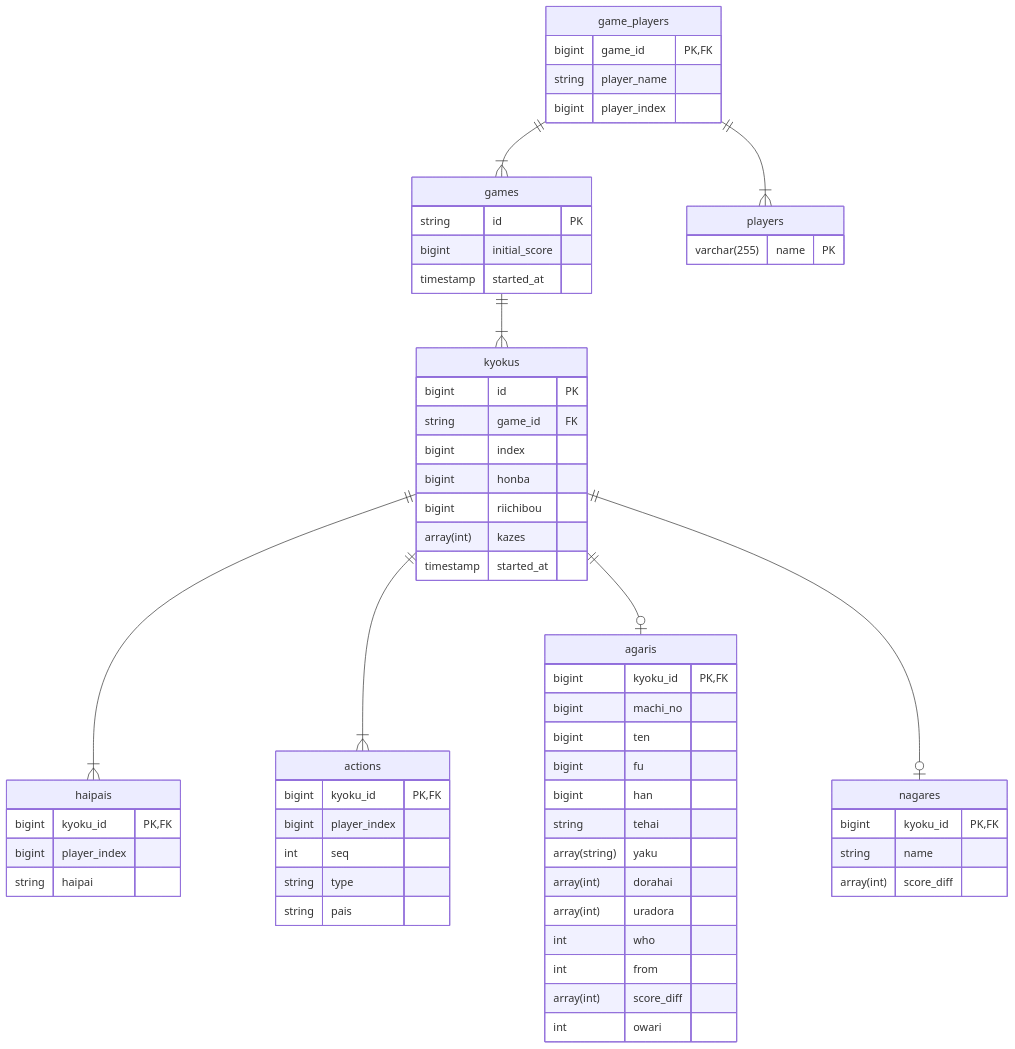
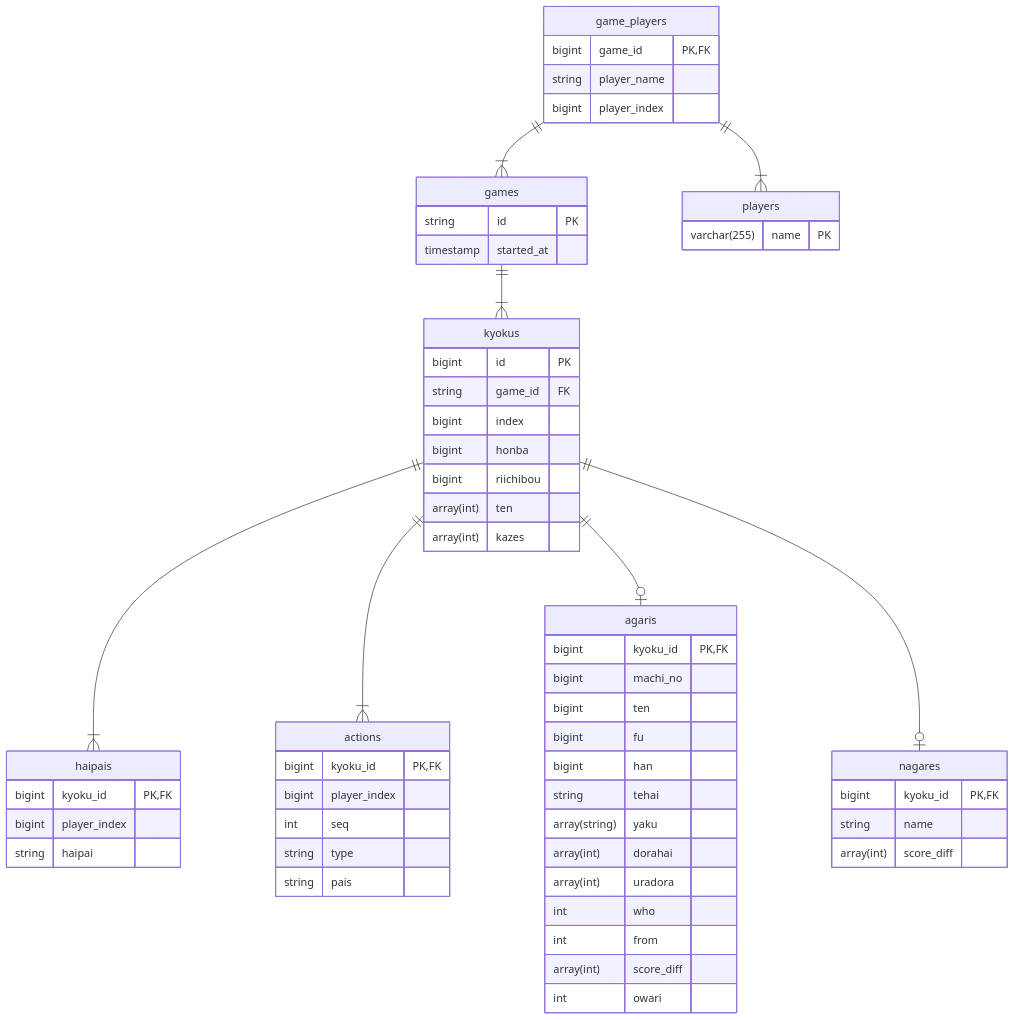
One commit to kackyt/mahjong-etl changed the diagram in er/mahjong.md. Above: the diagram before and after it, drawn with Mermaid. The commit also changed 1 other file, not shown here.

Commit message:
feat: INIT、AGARIを実装 (datetimeをparse)

````diff
--- a/er/mahjong.md
+++ b/er/mahjong.md
@@ -1,70 +1,69 @@
 ```mermaid
 erDiagram
   game_players ||--|{ games : ""
   game_players ||--|{ players : ""
   games ||--|{ kyokus : ""
   kyokus ||--|{ haipais : ""
   kyokus ||--|{ actions : ""
   kyokus ||--o| agaris : ""
   kyokus ||--o| nagares : ""
 
   players {
     varchar(255) name PK
   }
   kyokus {
     bigint id PK
     string game_id FK
     bigint index
     bigint honba
     bigint riichibou
+    array(int) ten
     array(int) kazes
-    timestamp started_at
   }
 
   haipais {
     bigint kyoku_id PK,FK
     bigint player_index
     string haipai
   }
 
   actions {
     bigint kyoku_id PK,FK
     bigint player_index
     int seq
     string type
     string pais
   }
 
   agaris {
     bigint kyoku_id PK,FK
     bigint machi_no
     bigint ten
     bigint fu
     bigint han
     string tehai
     array(string) yaku
     array(int) dorahai
     array(int) uradora
     int who
     int from
     array(int) score_diff
     int owari
   }
 
   nagares {
     bigint kyoku_id PK,FK
     string name
     array(int) score_diff
   }
 
   game_players {
     bigint game_id PK, FK
     string player_name
     bigint player_index
   }
   games {
     string id PK
-    bigint initial_score
     timestamp started_at
   }
 ```
````
